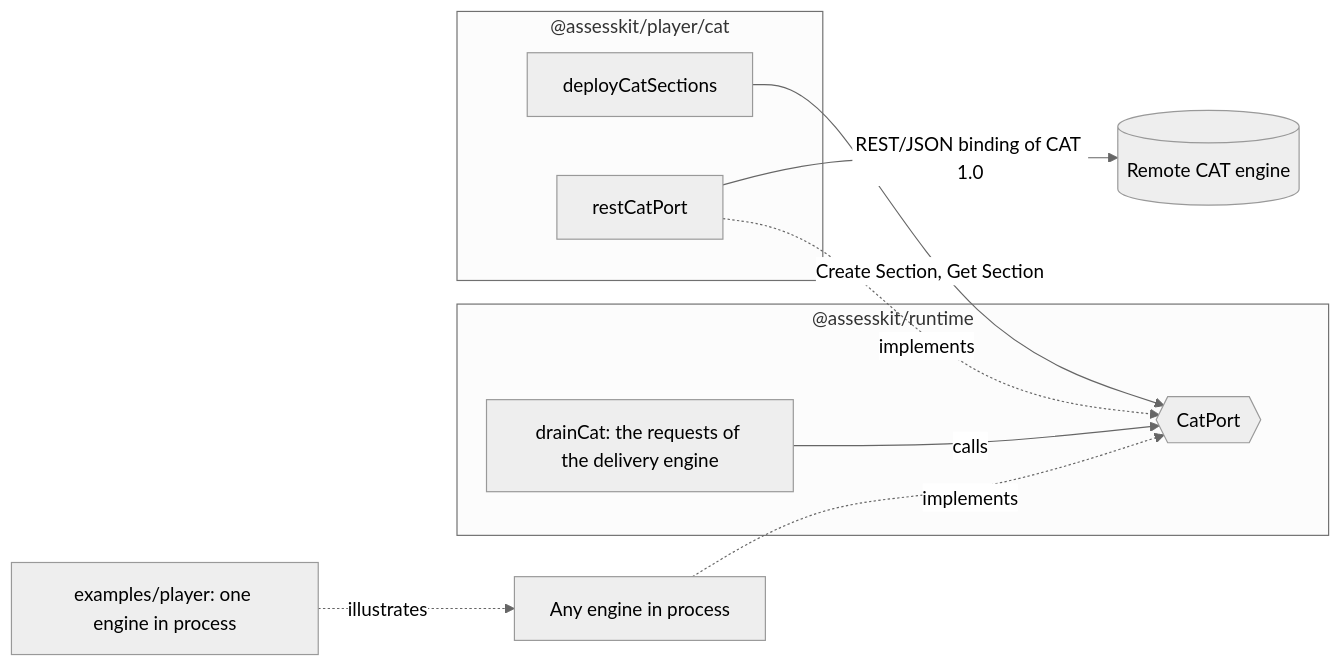
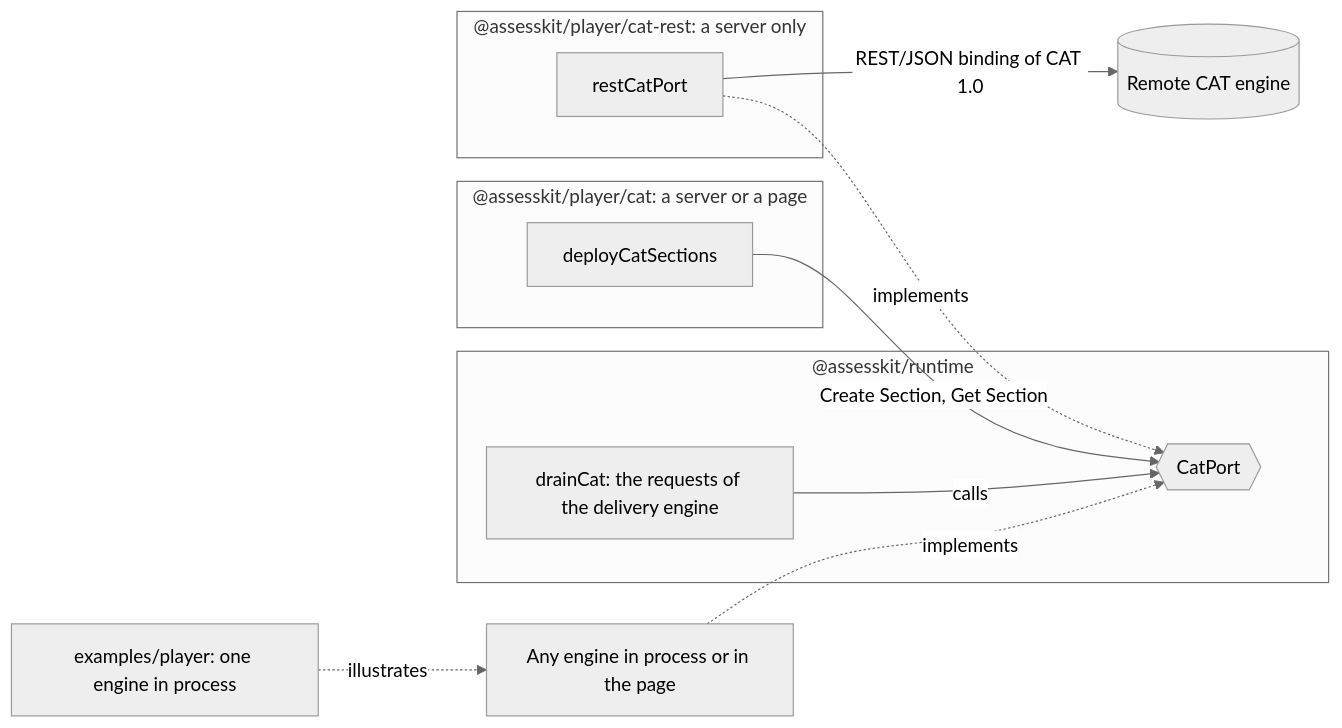
The first of 2 diagrams in docs/player/cat.md (assesskit/assesskit), drawn with Mermaid (neutral theme) before and after one commit. The commit also changed other lines of this file and 29 other files, not shown here.

First line of the commit message:
Keep the REST client of a CAT engine on servers

````diff
--- a/docs/player/cat.md
+++ b/docs/player/cat.md
@@ -8,13 +8,15 @@
 ```mermaid
 flowchart LR
   subgraph runtime["@assesskit/runtime"]
     drain["drainCat: the requests of the delivery engine"] -->|calls| port{{"CatPort"}}
   end
-  subgraph player["@assesskit/player/cat"]
+  subgraph shared["@assesskit/player/cat: a server or a page"]
     deploy["deployCatSections"] -->|"Create Section, Get Section"| port
+  end
+  subgraph server["@assesskit/player/cat-rest: a server only"]
     rest["restCatPort"] -.->|implements| port
   end
   rest -->|"REST/JSON binding of CAT 1.0"| remote[("Remote CAT engine")]
-  own["Any engine in process"] -.->|implements| port
+  own["Any engine in process or in the page"] -.->|implements| port
   example["examples/player: one engine in process"] -.->|illustrates| own
 ```
````
